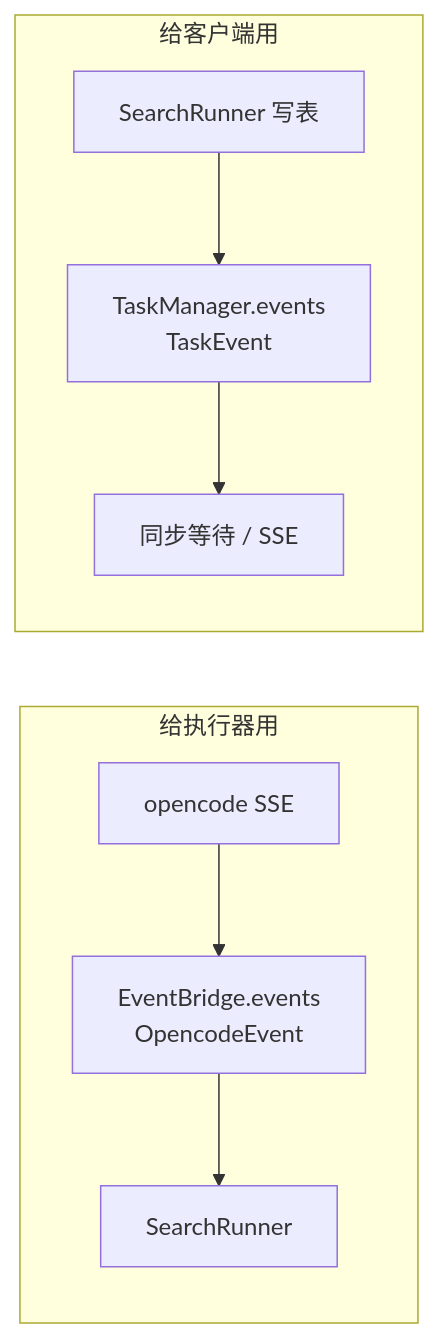
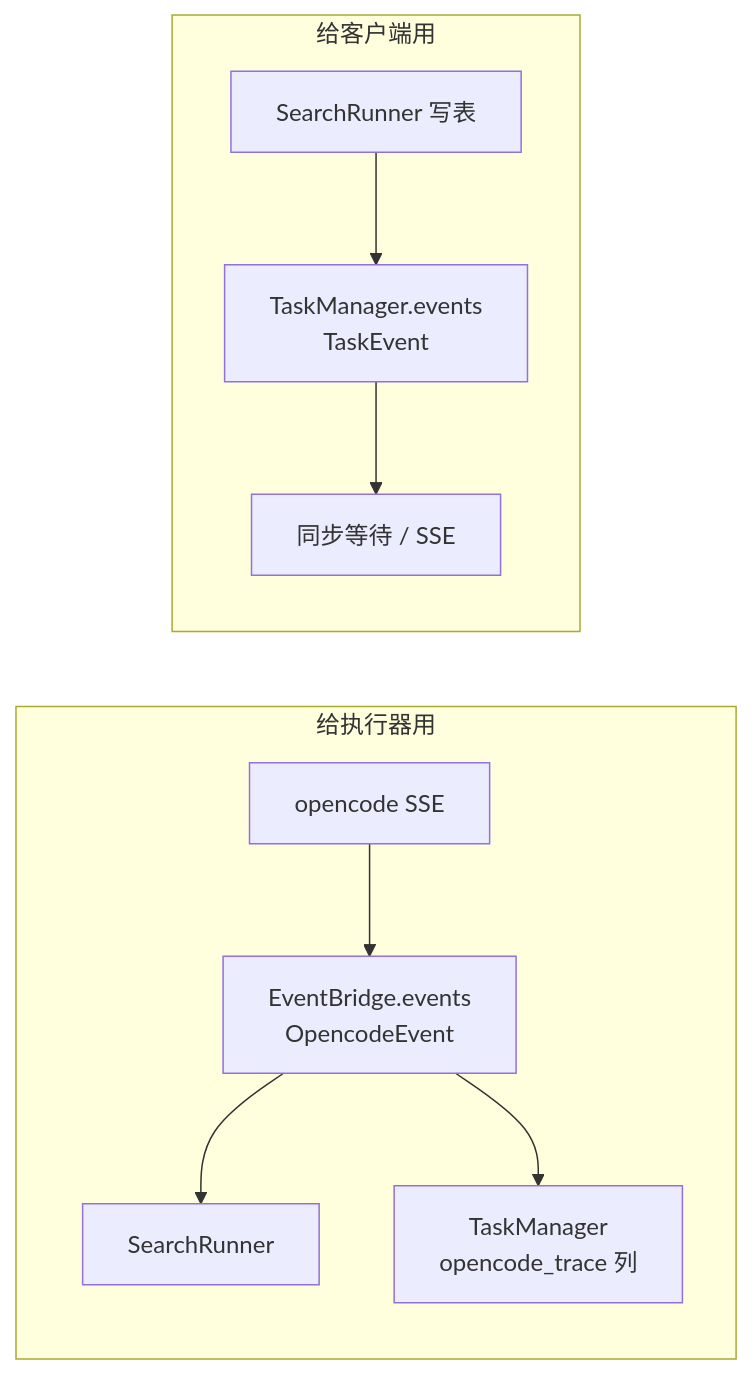
The third of 4 diagrams in docs/architecture.md (Cn-Asukai/search-agent), drawn with Mermaid before and after one commit. The commit also changed other lines of this file and 18 other files, not shown here.

````diff
--- a/docs/architecture.md
+++ b/docs/architecture.md
@@ -53,11 +54,12 @@
 ```mermaid
 flowchart LR
   subgraph 内部["给执行器用"]
     O["opencode SSE"] --> EB["EventBridge.events<br/>OpencodeEvent"]
     EB --> SR["SearchRunner"]
+    EB --> TM0["TaskManager<br/>opencode_trace 列"]
   end
   subgraph 对外["给客户端用"]
     SR2["SearchRunner 写表"] --> TM["TaskManager.events<br/>TaskEvent"]
     TM --> HTTP["同步等待 / SSE"]
   end
 ```
````
